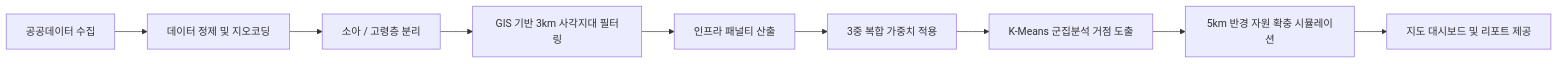
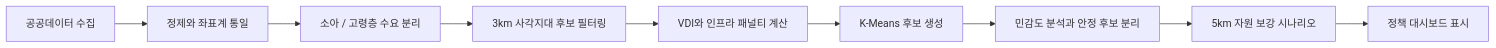
One commit to ssg-sak/golden-project changed the diagram in README.md. Above: the diagram before and after it, drawn with Mermaid. The commit also changed other lines of this file and 5 other files, not shown here.

````diff
--- a/README.md
+++ b/README.md
@@ -81,11 +59,11 @@
 ```mermaid
 flowchart LR
-    A[공공데이터 수집] --> B[데이터 정제 및 지오코딩]
-    B --> C[소아 / 고령층 분리]
-    C --> D[GIS 기반 3km 사각지대 필터링]
-    D --> E[인프라 패널티 산출]
-    E --> F[3중 복합 가중치 적용]
-    F --> G[K-Means 군집분석 거점 도출]
-    G --> H[5km 반경 자원 확충 시뮬레이션]
-    H --> I[지도 대시보드 및 리포트 제공]
+    A[공공데이터 수집] --> B[정제와 좌표계 통일]
+    B --> C[소아 / 고령층 수요 분리]
+    C --> D[3km 사각지대 후보 필터링]
+    D --> E[VDI와 인프라 패널티 계산]
+    E --> F[K-Means 후보 생성]
+    F --> G[민감도 분석과 안정 후보 분리]
+    G --> H[5km 자원 보강 시나리오]
+    H --> I[정책 대시보드 표시]
 ```
````
